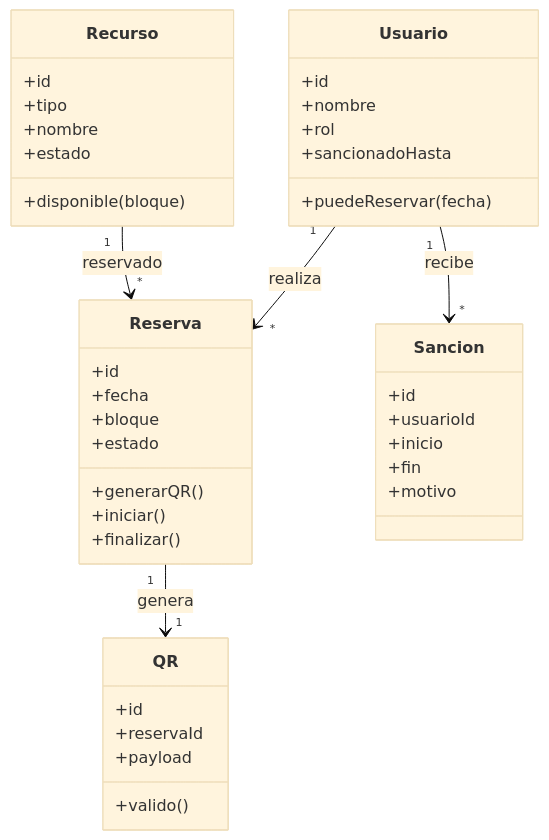
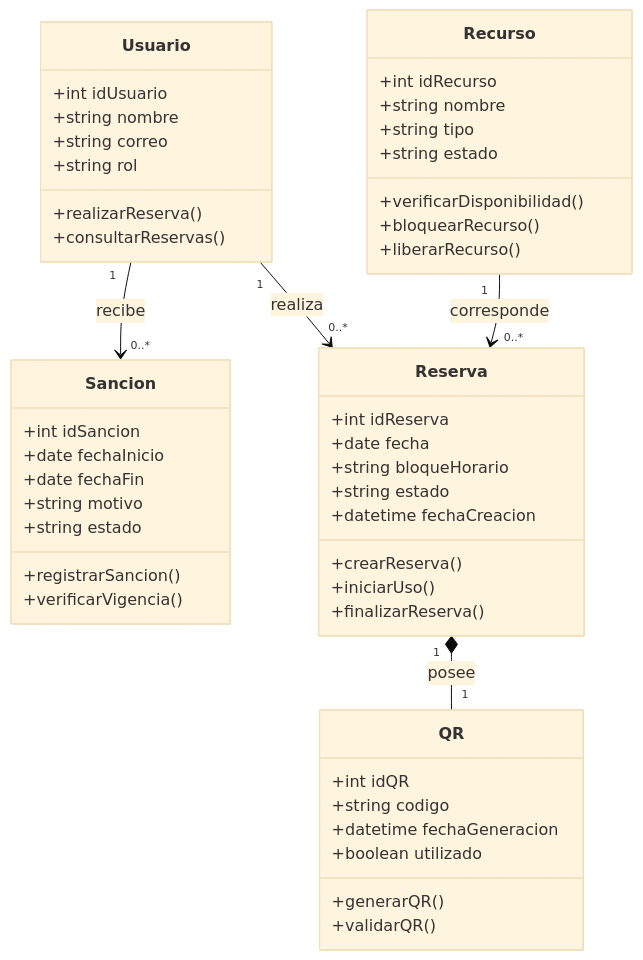
Before and after one commit to yordycg/biblioteca-viva: the diagram in docs/week-02/diagrams/clases.mmd, drawn with Mermaid (base theme). The commit also changed 2 other files, not shown here.

Commit message:
fix(sem2): rebuild diagram sources from delivered exports (OBS-LOCAL-02)

```diff
--- a/docs/week-02/diagrams/clases.mmd
+++ b/docs/week-02/diagrams/clases.mmd
@@ -1,48 +1,60 @@
-%% BibliotecaViva - Modelo de clases
+%% BibliotecaViva — Modelo de clases del MVP
+%% Fuente de verdad del diagrama. Sintaxis Mermaid (GitHub).
+%% Transcrito el 2026-11-05 desde sem2-t2-diagrama-clases.png (entrega de SEM2-T2
+%% de Héctor Oviedo), para que la fuente y la exportación coincidan.
+%% Pendiente: el modelo refleja el diseño entregado; revisar el alcance en OBS-LOCAL-02.
 
 classDiagram
   class Usuario {
-    +id
-    +nombre
-    +rol
-    +sancionadoHasta
-    +puedeReservar(fecha)
+    +int idUsuario
+    +string nombre
+    +string correo
+    +string rol
+    +realizarReserva()
+    +consultarReservas()
   }
 
   class Recurso {
-    +id
-    +tipo
-    +nombre
-    +estado
-    +disponible(bloque)
+    +int idRecurso
+    +string nombre
+    +string tipo
+    +string estado
+    +verificarDisponibilidad()
+    +bloquearRecurso()
+    +liberarRecurso()
   }
 
   class Reserva {
-    +id
-    +fecha
-    +bloque
-    +estado
-    +generarQR()
-    +iniciar()
-    +finalizar()
+    +int idReserva
+    +date fecha
+    +string bloqueHorario
+    +string estado
+    +datetime fechaCreacion
+    +crearReserva()
+    +iniciarUso()
+    +finalizarReserva()
   }
 
   class QR {
-    +id
-    +reservaId
-    +payload
-    +valido()
+    +int idQR
+    +string codigo
+    +datetime fechaGeneracion
+    +boolean utilizado
+    +generarQR()
+    +validarQR()
   }
 
   class Sancion {
-    +id
-    +usuarioId
-    +inicio
-    +fin
-    +motivo
+    +int idSancion
+    +date fechaInicio
+    +date fechaFin
+    +string motivo
+    +string estado
+    +registrarSancion()
+    +verificarVigencia()
   }
 
-  Usuario "1" --> "*" Reserva : realiza
-  Recurso "1" --> "*" Reserva : reservado
-  Reserva "1" --> "1" QR : genera
-  Usuario "1" --> "*" Sancion : recibe
+  Usuario "1" --> "0..*" Sancion : recibe
+  Usuario "1" --> "0..*" Reserva : realiza
+  Recurso "1" --> "0..*" Reserva : corresponde
+  Reserva "1" *-- "1" QR : posee
```
